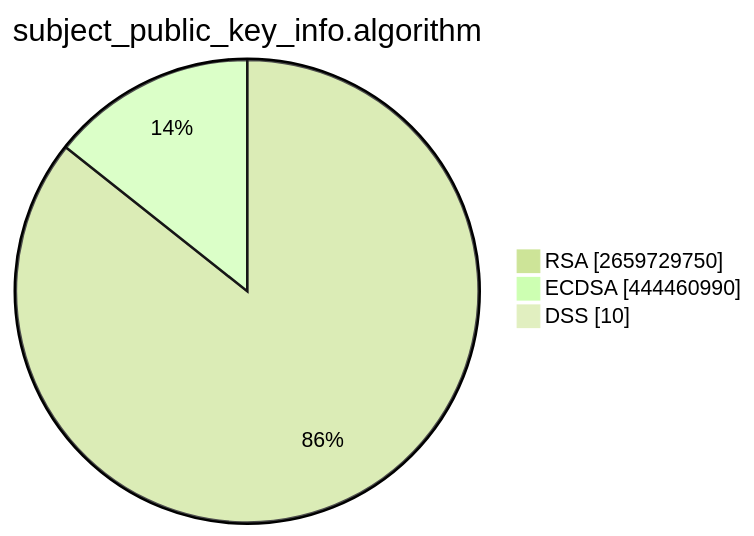
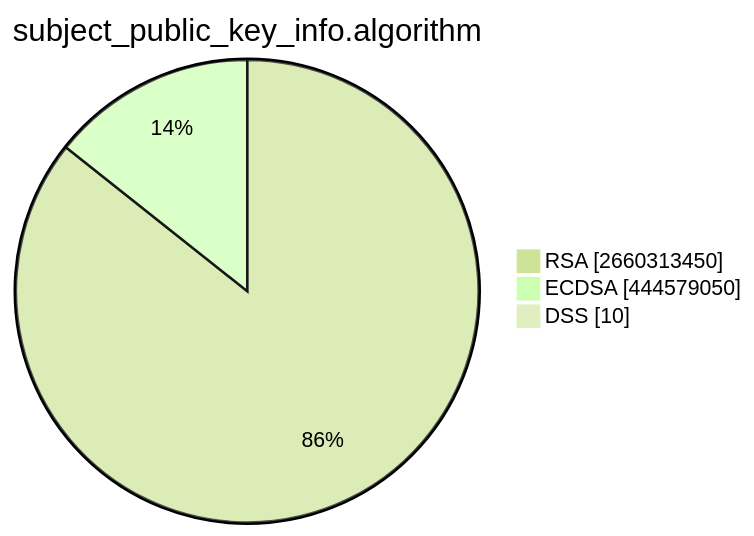
One commit to christiankrug/ctmonitor_visualization changed the second of 15 diagrams in TOTAL/README.md. Above: the diagram before and after it, drawn with Mermaid (forest theme). The commit also changed other lines of this file, not shown here.

````diff
--- a/TOTAL/README.md
+++ b/TOTAL/README.md
@@ -6,7 +6,7 @@
 ```mermaid
 pie showData
 title subject_public_key_info.algorithm
-"RSA" :2659729750
-"ECDSA" :444460990
+"RSA" :2660313450
+"ECDSA" :444579050
 "DSS" :10
 ```
````
